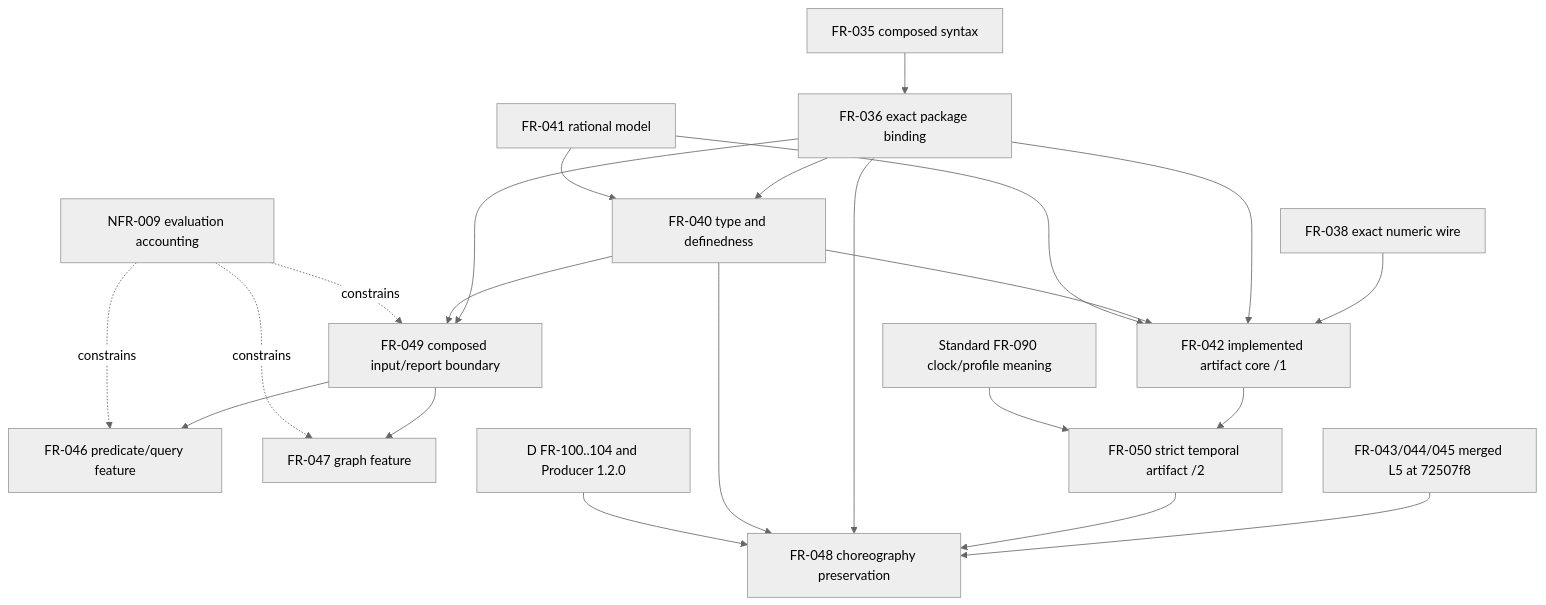
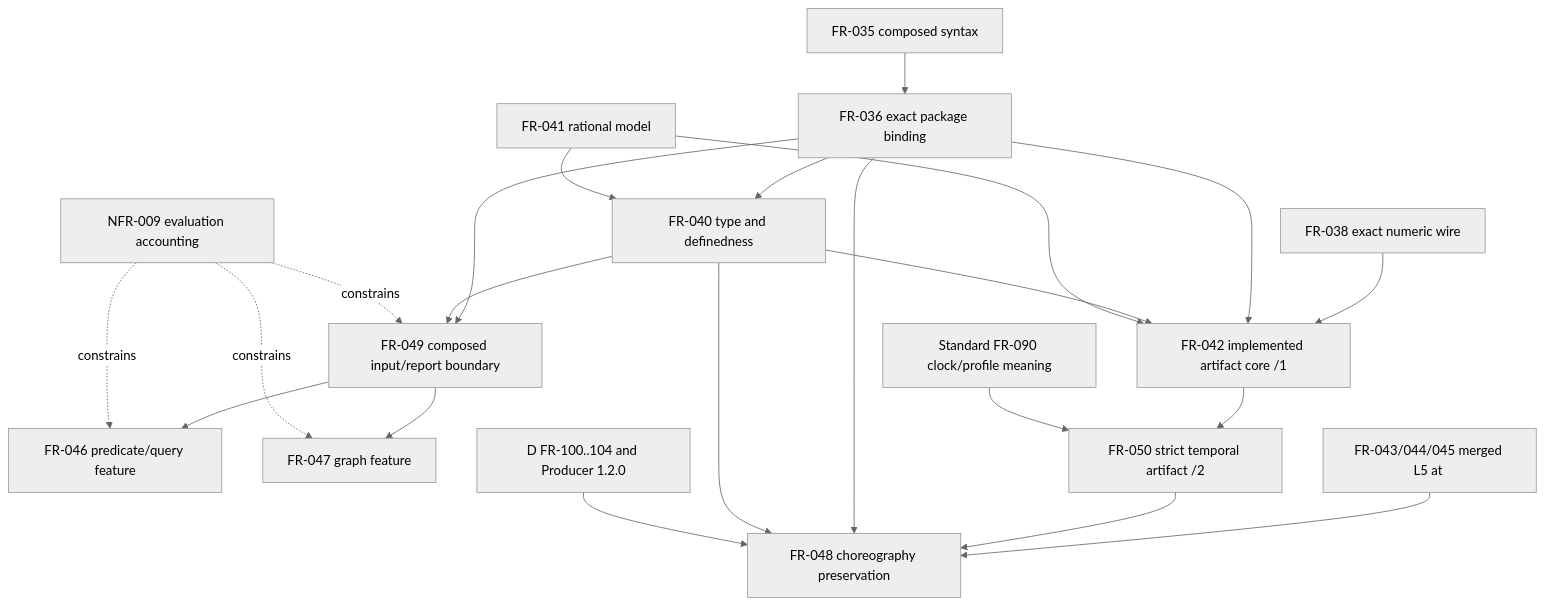
Before and after one commit to agent-ix/quire-spec-language: the first of 2 diagrams in spec/reviews/core-language/dependency.md, drawn with Mermaid (neutral theme). The commit also changed other lines of this file and 380 other files, not shown here.

````diff
--- a/spec/reviews/core-language/dependency.md
+++ b/spec/reviews/core-language/dependency.md
@@ -89,26 +89,26 @@
 ```mermaid
 flowchart TD
   FR035[FR-035 composed syntax] --> FR036[FR-036 exact package binding]
   FR036 --> FR040[FR-040 type and definedness]
   FR038[FR-038 exact numeric wire] --> FR042Core[FR-042 implemented artifact core /1]
   FR041[FR-041 rational model] --> FR040
   FR036 --> FR042Core
   FR040 --> FR042Core
   FR041 --> FR042Core
 
   FR036 --> FR049[FR-049 composed input/report boundary]
   FR040 --> FR049
   FR049 --> FR046[FR-046 predicate/query feature]
   FR049 --> FR047[FR-047 graph feature]
   NFR009[NFR-009 evaluation accounting] -. constrains .-> FR049
   NFR009 -. constrains .-> FR046
   NFR009 -. constrains .-> FR047
 
   FR042Core --> FR050[FR-050 strict temporal artifact /2]
   Std090[Standard FR-090 clock/profile meaning] --> FR050
-  L5[FR-043/044/045 merged L5 at 72507f8] --> FR048[FR-048 choreography preservation]
+  L5[FR-043/044/045 merged L5 at <sha removed>] --> FR048[FR-048 choreography preservation]
   FR050 --> FR048
   FR036 --> FR048
   FR040 --> FR048
   D[D FR-100..104 and Producer 1.2.0] --> FR048
 ```
````
